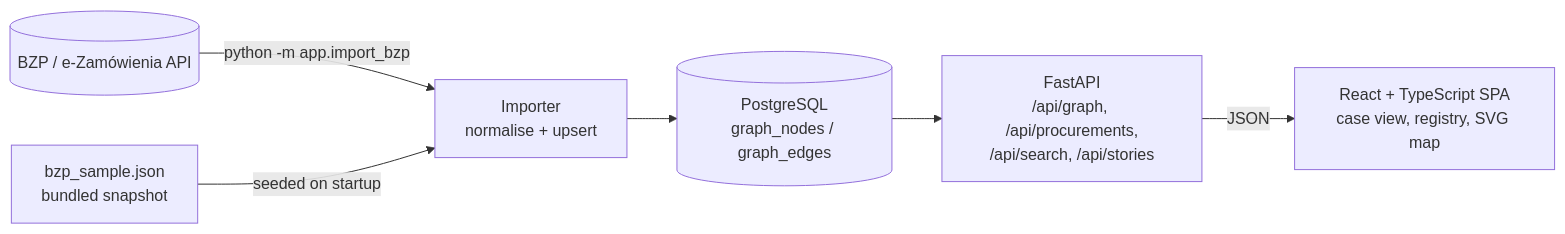
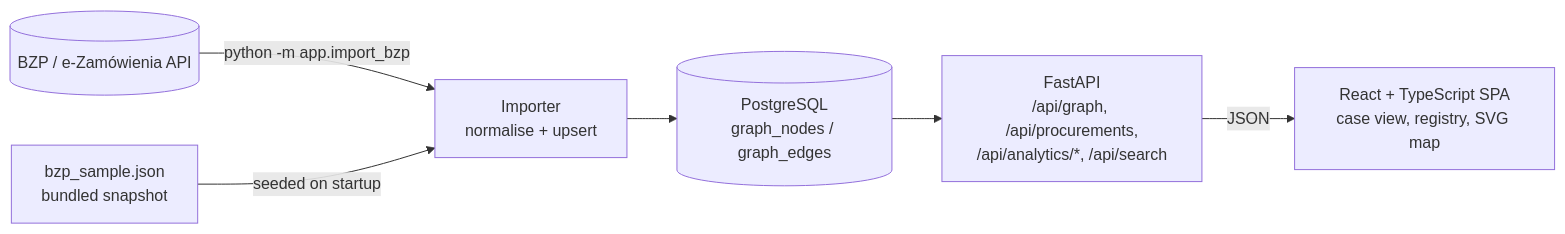
Before and after one commit to MaciejZiel/procurement-graph: the diagram in README.md, drawn with Mermaid. The commit also changed other lines of this file and 7 other files, not shown here.

````diff
--- a/README.md
+++ b/README.md
@@ -29,8 +30,8 @@
 ```mermaid
 flowchart LR
     BZP[(BZP / e-Zamówienia API)] -->|python -m app.import_bzp| IMP[Importer<br/>normalise + upsert]
     SNAP[bzp_sample.json<br/>bundled snapshot] -->|seeded on startup| IMP
     IMP --> DB[(PostgreSQL<br/>graph_nodes / graph_edges)]
-    DB --> API[FastAPI<br/>/api/graph, /api/procurements,<br/>/api/search, /api/stories]
+    DB --> API[FastAPI<br/>/api/graph, /api/procurements,<br/>/api/analytics/*, /api/search]
     API -->|JSON| WEB[React + TypeScript SPA<br/>case view, registry, SVG map]
 ```
````
